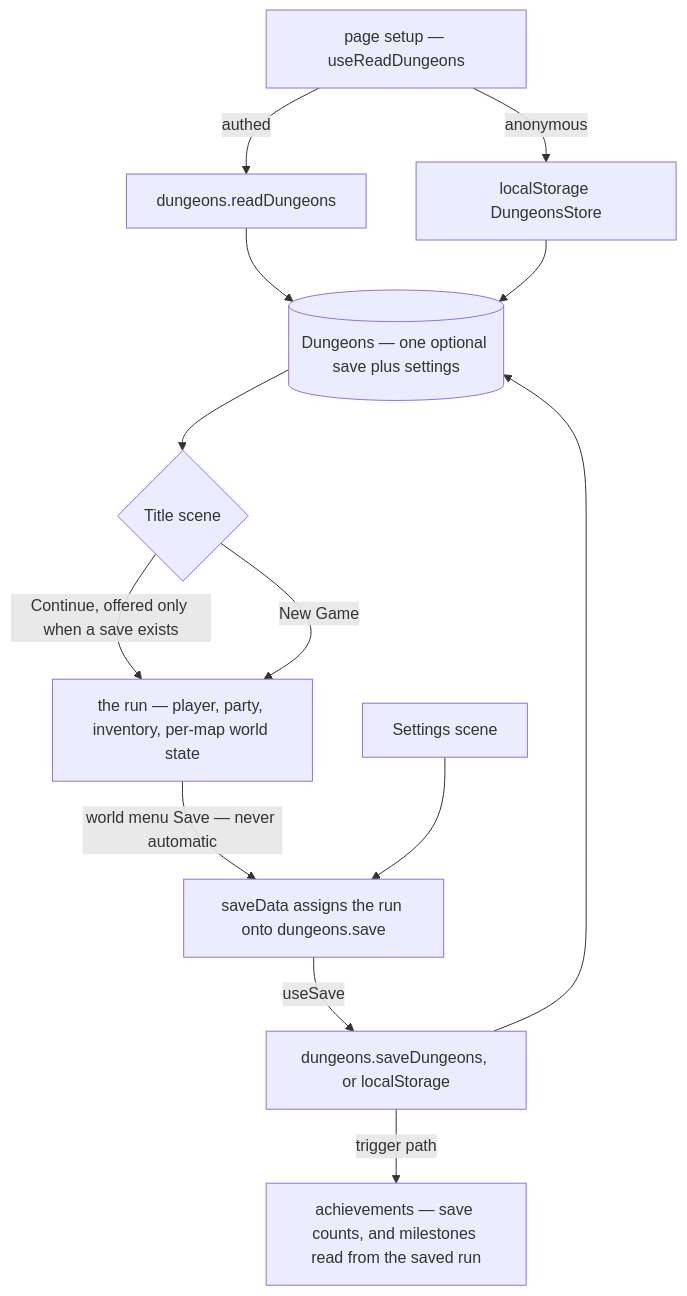
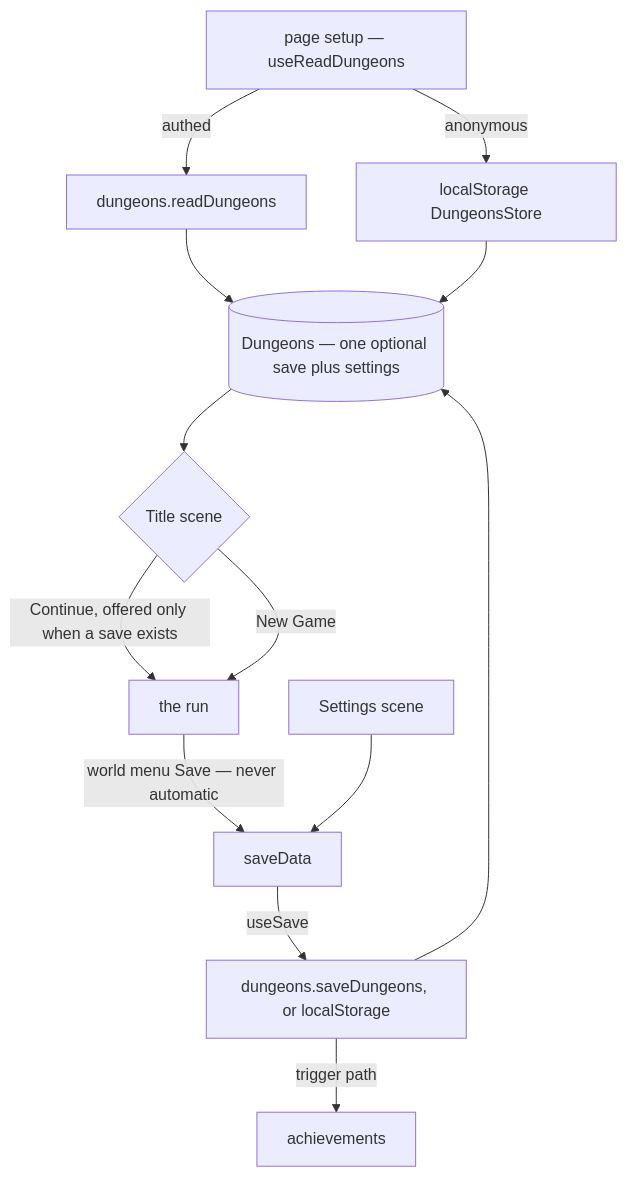
Before and after one commit to Esposter/Esposter: the diagram in openspec/specs/dungeons/saves-and-settings/design.md, drawn with Mermaid.

Commit message:
docs(dungeons): sweep the twenty-sixth sitting of the dungeons and clicker areas
Diagram labels in saves-and-settings reduced to a name, the list and the edge text already stated in the prose removed from them. The page statements are unchanged.

Skipped, with reasons:
- saves-and-settings skip-path sentence: a rewrite of a sentence whose exact wording needs a fresh read.
- battle, monsters and clicker-types removals and flowchart additions: each is a claim or a new diagram, not a sweep edit.
- The timings in the game-loop and offline pages: configured values, kept exact.

Open:
- clicker buildings flavour text: a deliberate homage, to be kept with its trade stated, or cut.
- clicker offline-progress: the server-side stamp is a deferred idea, to move to openspec/deferred.
- dungeons world: the chest clause restates a line above it.

Ledger: docs/content | `openspec/specs` — `clicker`, `dungeons`

````diff
--- a/openspec/specs/dungeons/saves-and-settings/design.md
+++ b/openspec/specs/dungeons/saves-and-settings/design.md
@@ -7,15 +7,15 @@
 ```mermaid
 flowchart TD
   setup["page setup — useReadDungeons"] -->|"authed"| readBlob["dungeons.readDungeons"]
   setup -->|"anonymous"| readLocal["localStorage DungeonsStore"]
   readBlob --> entity[("Dungeons — one optional save plus settings")]
   readLocal --> entity
   entity --> titleScene{"Title scene"}
-  titleScene -->|"Continue, offered only when a save exists"| run["the run — player, party, inventory, per-map world state"]
+  titleScene -->|"Continue, offered only when a save exists"| run["the run"]
   titleScene -->|"New Game"| run
-  run -->|"world menu Save — never automatic"| saveData["saveData assigns the run onto dungeons.save"]
+  run -->|"world menu Save — never automatic"| saveData["saveData"]
   settingsScene["Settings scene"] --> saveData
   saveData -->|"useSave"| write["dungeons.saveDungeons, or localStorage"]
   write --> entity
-  write -->|"trigger path"| achievements["achievements — save counts, and milestones read from the saved run"]
+  write -->|"trigger path"| achievements["achievements"]
 ```
````
